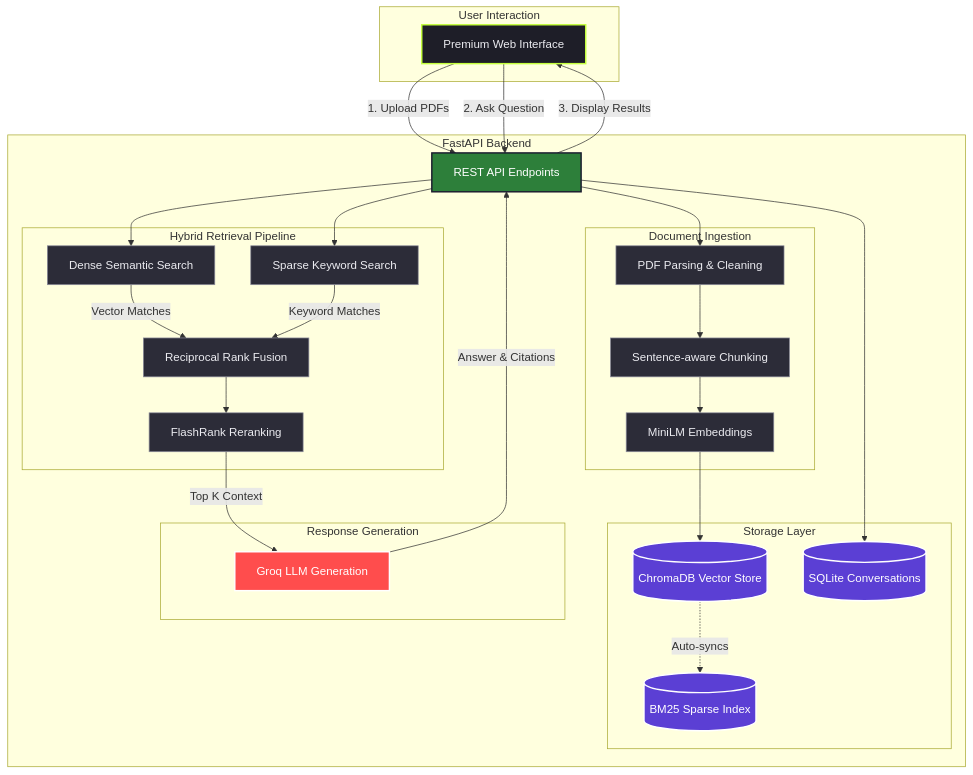
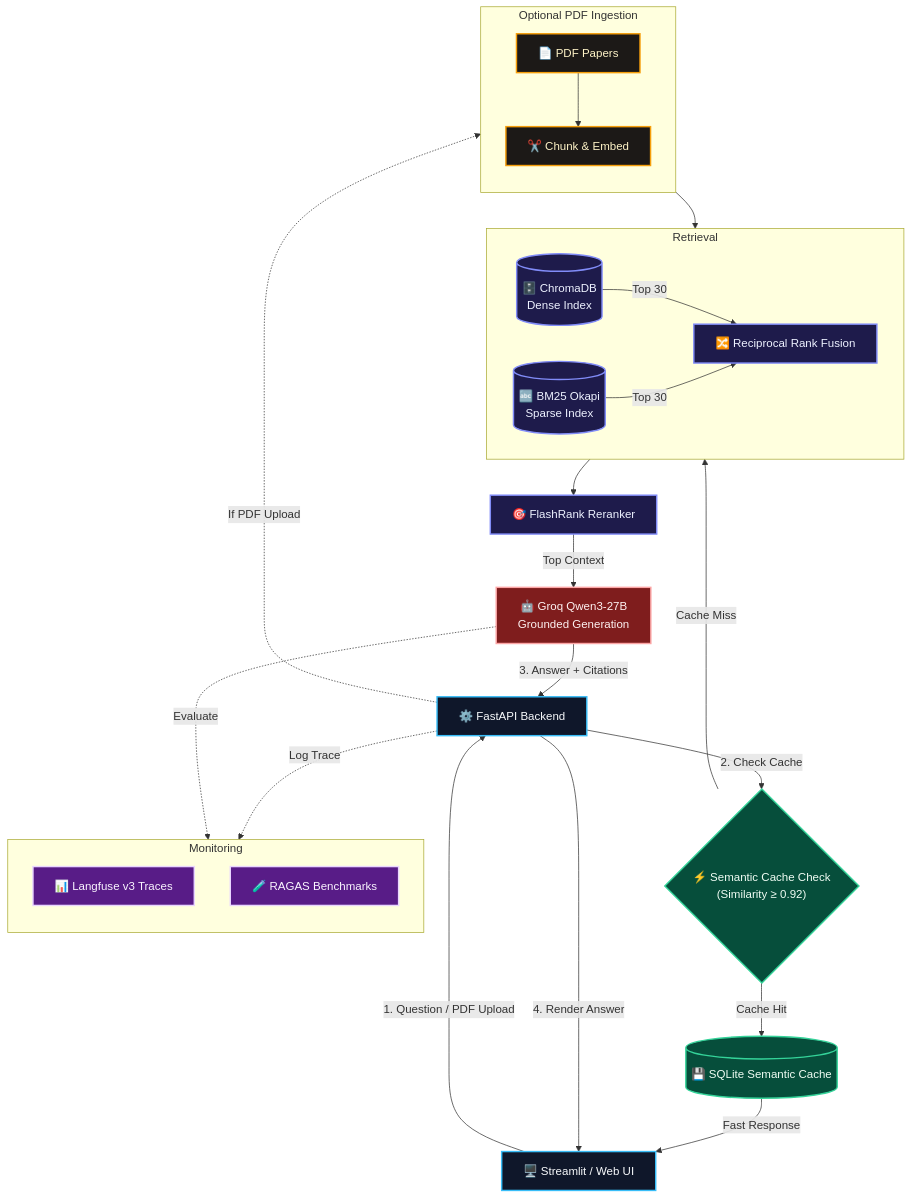
The diagram in README.md (omkar00004/Research-Paper-Chatbot), drawn with Mermaid before and after one commit. The commit also changed other lines of this file and 14 other files, not shown here.

First line of the commit message:
Switch LLM from deprecated llama-3.3-70b-versatile to qwen/qwen3-27b

````diff
--- a/README.md
+++ b/README.md
@@ -47,66 +47,87 @@
 ```mermaid
-flowchart TD
-    %% Styling
-    classDef frontend fill:#1E1E28,stroke:#C4FF3D,stroke-width:2px,color:#ECECF1
-    classDef api fill:#2D7F3A,stroke:#1A1A2E,stroke-width:2px,color:#FFFFFF
-    classDef storage fill:#5B3FD4,stroke:#FFFFFF,stroke-width:2px,color:#FFFFFF
-    classDef process fill:#2C2C38,stroke:#8A8A99,stroke-width:1px,color:#ECECF1
-    classDef llm fill:#FF4D4D,stroke:#FFFFFF,stroke-width:2px,color:#FFFFFF
+flowchart TB
 
-    subgraph User Interaction
-        UI[Premium Web Interface]:::frontend
-    end
+%% =========================
+%% Styles
+%% =========================
+classDef client fill:#0F172A,stroke:#38BDF8,stroke-width:2px,color:#F8FAFC
+classDef cache fill:#064E3B,stroke:#34D399,stroke-width:2px,color:#F0FDF4
+classDef ingest fill:#1C1917,stroke:#F59E0B,stroke-width:2px,color:#FEF3C7
+classDef search fill:#1E1B4B,stroke:#818CF8,stroke-width:2px,color:#EEF2FF
+classDef llm fill:#7F1D1D,stroke:#FCA5A5,stroke-width:2px,color:#FEF2F2
+classDef eval fill:#581C87,stroke:#E9D5FF,stroke-width:2px,color:#FAF5FF
 
-    subgraph FastAPI Backend
-        API[REST API Endpoints]:::api
-        
-        %% Ingestion Flow
-        subgraph Document Ingestion
-            Parse[PDF Parsing & Cleaning]:::process
-            Chunk[Sentence-aware Chunking]:::process
-            Embed[MiniLM Embeddings]:::process
-        end
+%% =========================
+%% Main Flow
+%% =========================
 
-        %% Storage Layer
-        subgraph Storage Layer
-            DB[(ChromaDB Vector Store)]:::storage
-            BM[(BM25 Sparse Index)]:::storage
-            SQL[(SQLite Conversations)]:::storage
-        end
-        
-        %% Query Flow
-        subgraph Hybrid Retrieval Pipeline
-            Dense[Dense Semantic Search]:::process
-            Sparse[Sparse Keyword Search]:::process
-            RRF[Reciprocal Rank Fusion]:::process
-            Rerank[FlashRank Reranking]:::process
-        end
+UI["🖥️ Streamlit / Web UI"]:::client
+API["⚙️ FastAPI Backend"]:::client
 
-        %% Generation
-        subgraph Response Generation
-            Gen[Groq LLM Generation]:::llm
-        end
-    end
+CacheCheck{"⚡ Semantic Cache Check<br/>(Similarity ≥ 0.92)"}:::cache
+CacheDB[("💾 SQLite Semantic Cache")]:::cache
 
-    %% Upload Flow
-    UI -- "1. Upload PDFs" --> API
-    API --> Parse
-    Parse --> Chunk
-    Chunk --> Embed
-    Embed --> DB
-    DB -. "Auto-syncs" .-> BM
+RRF["🔀 Reciprocal Rank Fusion"]:::search
+Rerank["🎯 FlashRank Reranker"]:::search
 
-    %% Query Flow
-    UI -- "2. Ask Question" --> API
-    API --> SQL
-    API --> Dense
-    API --> Sparse
-    
-    Dense -- "Vector Matches" --> RRF
-    Sparse -- "Keyword Matches" --> RRF
-    RRF --> Rerank
-    Rerank -- "Top K Context" --> Gen
-    
-    Gen -- "Answer & Citations" --> API
-    API -- "3. Display Results" --> UI
+LLM["🤖 Groq Qwen3-27B<br/>Grounded Generation"]:::llm
+
+UI -->|"1. Question / PDF Upload"| API
+API -->|"2. Check Cache"| CacheCheck
+
+CacheCheck -->|"Cache Hit"| CacheDB
+CacheDB -->|"Fast Response"| UI
+
+CacheCheck -->|"Cache Miss"| RRF
+RRF --> Rerank
+Rerank -->|"Top Context"| LLM
+LLM -->|"3. Answer + Citations"| API
+API -->|"4. Render Answer"| UI
+
+%% =========================
+%% Retrieval Layer
+%% =========================
+
+subgraph Retrieval
+direction LR
+
+ChromaDB[("🗄️ ChromaDB<br/>Dense Index")]:::search
+BM25[("🔤 BM25 Okapi<br/>Sparse Index")]:::search
+
+ChromaDB -->|"Top 30"| RRF
+BM25 -->|"Top 30"| RRF
+
+end
+
+%% =========================
+%% PDF Ingestion
+%% =========================
+
+subgraph Optional PDF Ingestion
+direction TB
+
+PDF["📄 PDF Papers"]:::ingest
+Embed["✂️ Chunk & Embed"]:::ingest
+
+PDF --> Embed
+Embed --> ChromaDB
+
+end
+
+API -.->|"If PDF Upload"| PDF
+
+%% =========================
+%% Observability
+%% =========================
+
+subgraph Monitoring
+direction TB
+
+Langfuse["📊 Langfuse v3 Traces"]:::eval
+RAGAS["🧪 RAGAS Benchmarks"]:::eval
+
+end
+
+API -.->|"Log Trace"| Langfuse
+LLM -.->|"Evaluate"| RAGAS
 ```
````
